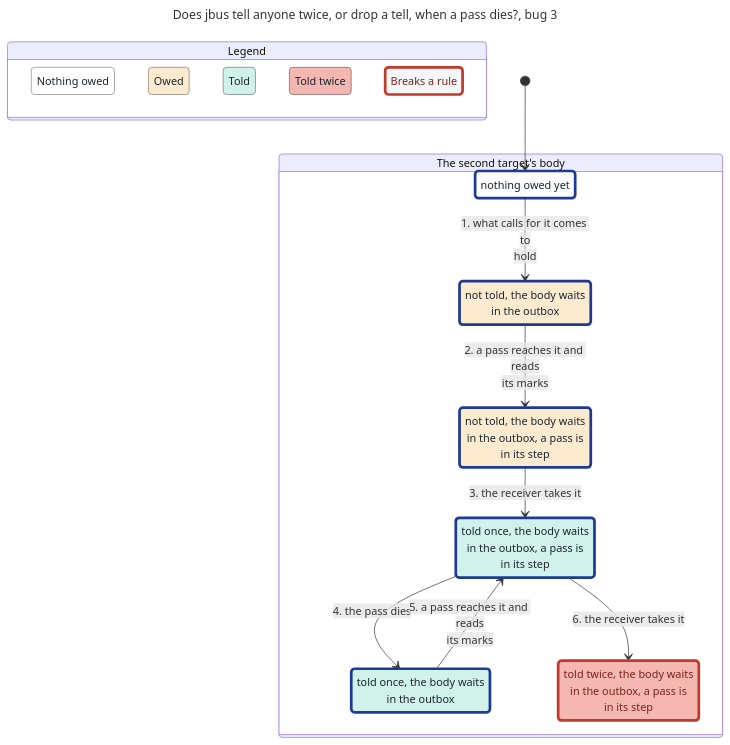
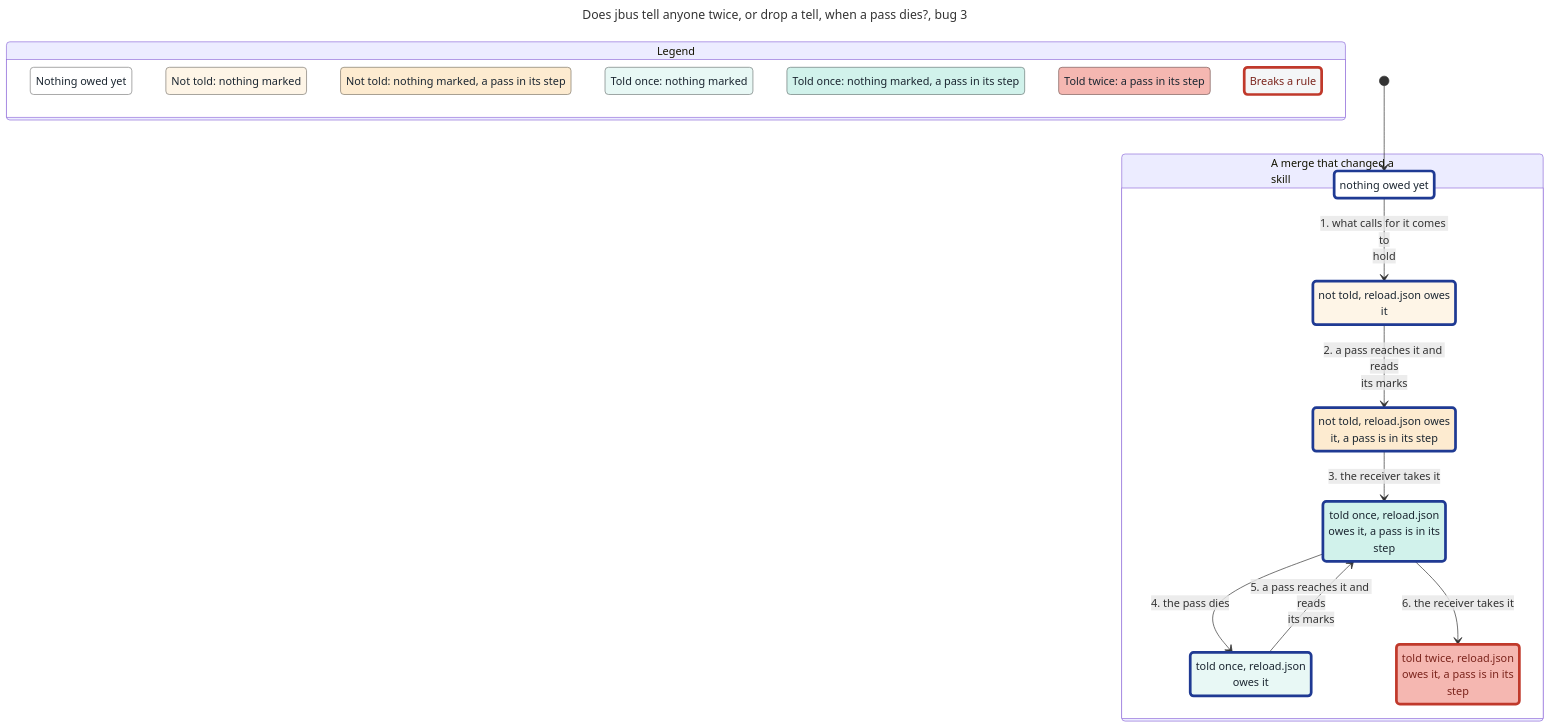
Before and after one commit to JoshuaHayesWasHere/jstack: the diagram in features/jbus/spec/TellOnce-statechart/bug-3.mmd, drawn with Mermaid. The commit also changed 21 other files, not shown here.

First line of the commit message:
feat(statechart): TellOnce's chart splits off the ask owed after a limit, and groups each state by where its tell stands, at most 15 to a group

```diff
--- a/features/jbus/spec/TellOnce-statechart/bug-3.mmd
+++ b/features/jbus/spec/TellOnce-statechart/bug-3.mmd
@@ -1,50 +1,58 @@
 ---
 title: "Does jbus tell anyone twice, or drop a tell, when a pass dies?, bug 3"
 config:
   markdownAutoWrap: false
   state:
     useMaxWidth: false
 ---
 stateDiagram-v2
   classDef plainWrong fill:#f4f6f7,stroke:#c0392b,stroke-width:4px,color:#7b241c
   classDef group0 fill:#ffffff,stroke:#808080,color:#1b2631
   classDef group0Path fill:#ffffff,stroke:#1f3a93,stroke-width:4px,color:#1b2631
-  classDef group1 fill:#fdebd0,stroke:#7f7668,color:#1b2631
-  classDef group1Path fill:#fdebd0,stroke:#1f3a93,stroke-width:4px,color:#1b2631
-  classDef group2 fill:#d1f2eb,stroke:#697976,color:#1b2631
-  classDef group2Path fill:#d1f2eb,stroke:#1f3a93,stroke-width:4px,color:#1b2631
-  classDef group3 fill:#f5b7b1,stroke:#7b5c59,color:#1b2631
-  classDef group3Wrong fill:#f5b7b1,stroke:#c0392b,stroke-width:4px,color:#7b241c
+  classDef group1 fill:#fef5e7,stroke:#7f7b74,color:#1b2631
+  classDef group1Path fill:#fef5e7,stroke:#1f3a93,stroke-width:4px,color:#1b2631
+  classDef group2 fill:#fdebd0,stroke:#7f7668,color:#1b2631
+  classDef group2Path fill:#fdebd0,stroke:#1f3a93,stroke-width:4px,color:#1b2631
+  classDef group5 fill:#e8f8f5,stroke:#747c7b,color:#1b2631
+  classDef group5Path fill:#e8f8f5,stroke:#1f3a93,stroke-width:4px,color:#1b2631
+  classDef group6 fill:#d1f2eb,stroke:#697976,color:#1b2631
+  classDef group6Path fill:#d1f2eb,stroke:#1f3a93,stroke-width:4px,color:#1b2631
+  classDef group12 fill:#f5b7b1,stroke:#7b5c59,color:#1b2631
+  classDef group12Wrong fill:#f5b7b1,stroke:#c0392b,stroke-width:4px,color:#7b241c
   state "Legend" as legend {
-    state "Nothing owed" as legendGroup0
-    state "Owed" as legendGroup1
-    state "Told" as legendGroup2
-    state "Told twice" as legendGroup3
+    state "Nothing owed yet" as legendGroup0
+    state "Not told: nothing marked" as legendGroup1
+    state "Not told: nothing marked, a pass in its step" as legendGroup2
+    state "Told once: nothing marked" as legendGroup5
+    state "Told once: nothing marked, a pass in its step" as legendGroup6
+    state "Told twice: a pass in its step" as legendGroup12
     state "Breaks a rule" as legendWrong
   }
   class legendGroup0 group0
   class legendGroup1 group1
   class legendGroup2 group2
-  class legendGroup3 group3
+  class legendGroup5 group5
+  class legendGroup6 group6
+  class legendGroup12 group12
   class legendWrong plainWrong
-  state "The second target's body" as g0 {
-    state "not told, the body waits<br/>in the outbox" as s0
-    state "not told, the body waits<br/>in the outbox, a pass is<br/>in its step" as s1
+  state "A merge that changed a<br/>skill" as g0 {
+    state "not told, reload.json owes<br/>it" as s0
+    state "not told, reload.json owes<br/>it, a pass is in its step" as s1
     state "nothing owed yet" as s2
-    state "told once, the body waits<br/>in the outbox" as s3
-    state "told once, the body waits<br/>in the outbox, a pass is<br/>in its step" as s4
-    state "told twice, the body waits<br/>in the outbox, a pass is<br/>in its step" as s5
+    state "told once, reload.json<br/>owes it" as s3
+    state "told once, reload.json<br/>owes it, a pass is in its<br/>step" as s4
+    state "told twice, reload.json<br/>owes it, a pass is in its<br/>step" as s5
   }
   [*] --> s2
   s2 --> s0 : 1. what calls for it comes to<br/>hold
   s0 --> s1 : 2. a pass reaches it and reads<br/>its marks
   s1 --> s4 : 3. the receiver takes it
   s4 --> s3 : 4. the pass dies
   s3 --> s4 : 5. a pass reaches it and reads<br/>its marks
   s4 --> s5 : 6. the receiver takes it
   class s0 group1Path
-  class s1 group1Path
+  class s1 group2Path
   class s2 group0Path
-  class s3 group2Path
-  class s4 group2Path
-  class s5 group3Wrong
+  class s3 group5Path
+  class s4 group6Path
+  class s5 group12Wrong
```
